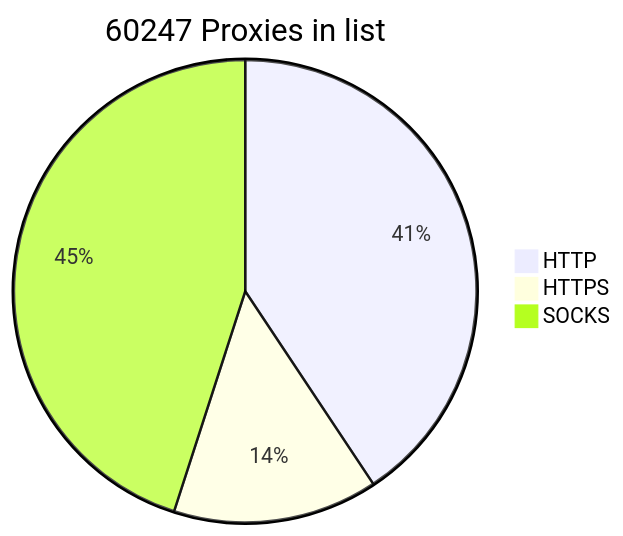
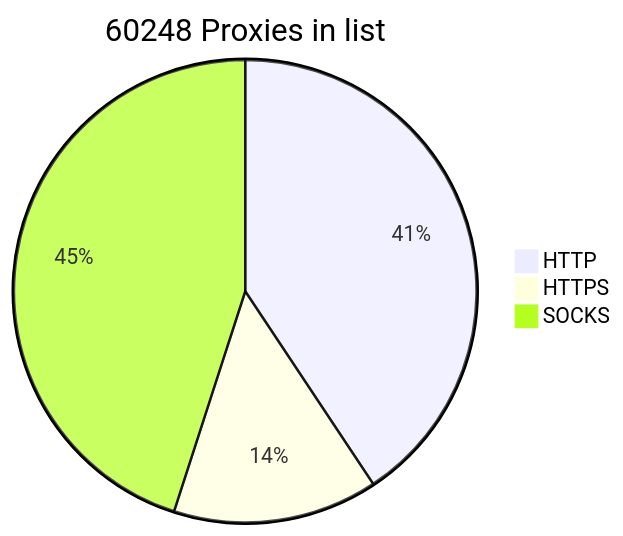
One commit to BlackSnowDot/proxylist-update-every-minute changed the diagram in README.md. Above: the diagram before and after it, drawn with Mermaid.

````diff
--- a/README.md
+++ b/README.md
@@ -2,6 +2,6 @@
 ```mermaid
-pie title 60247 Proxies in list
-    "HTTP" : 27705
-    "HTTPS": 9750
+pie title 60248 Proxies in list
+    "HTTP" : 27708
+    "HTTPS": 9748
     "SOCKS" : 30670
 ```
````
